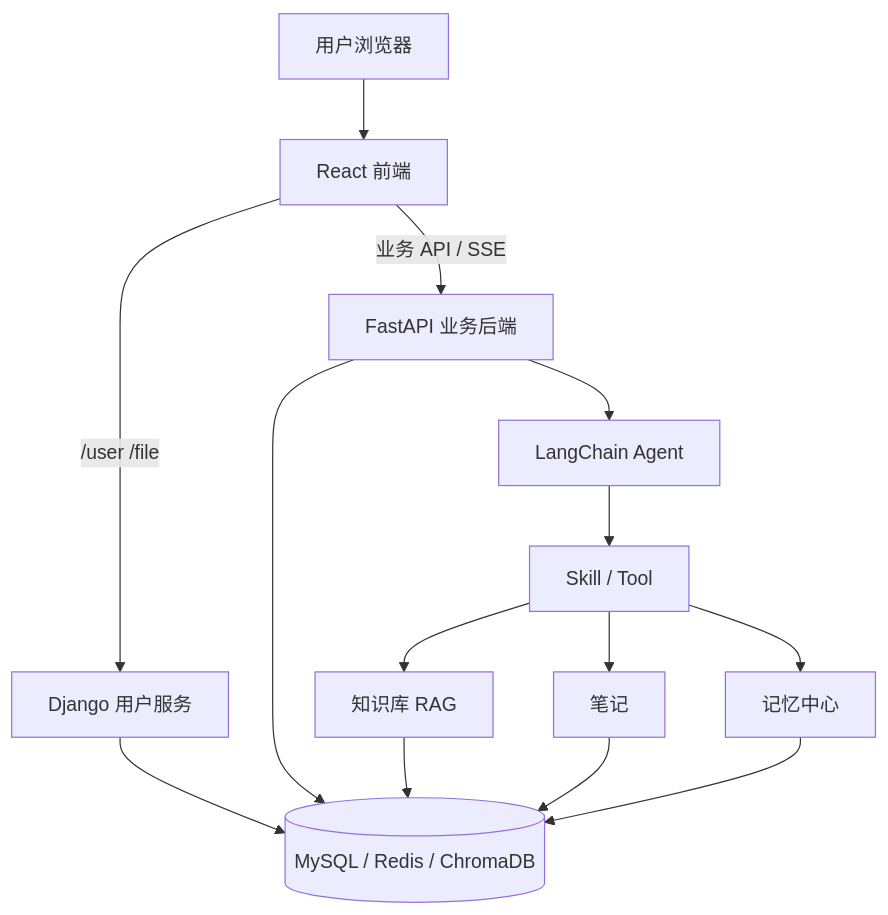
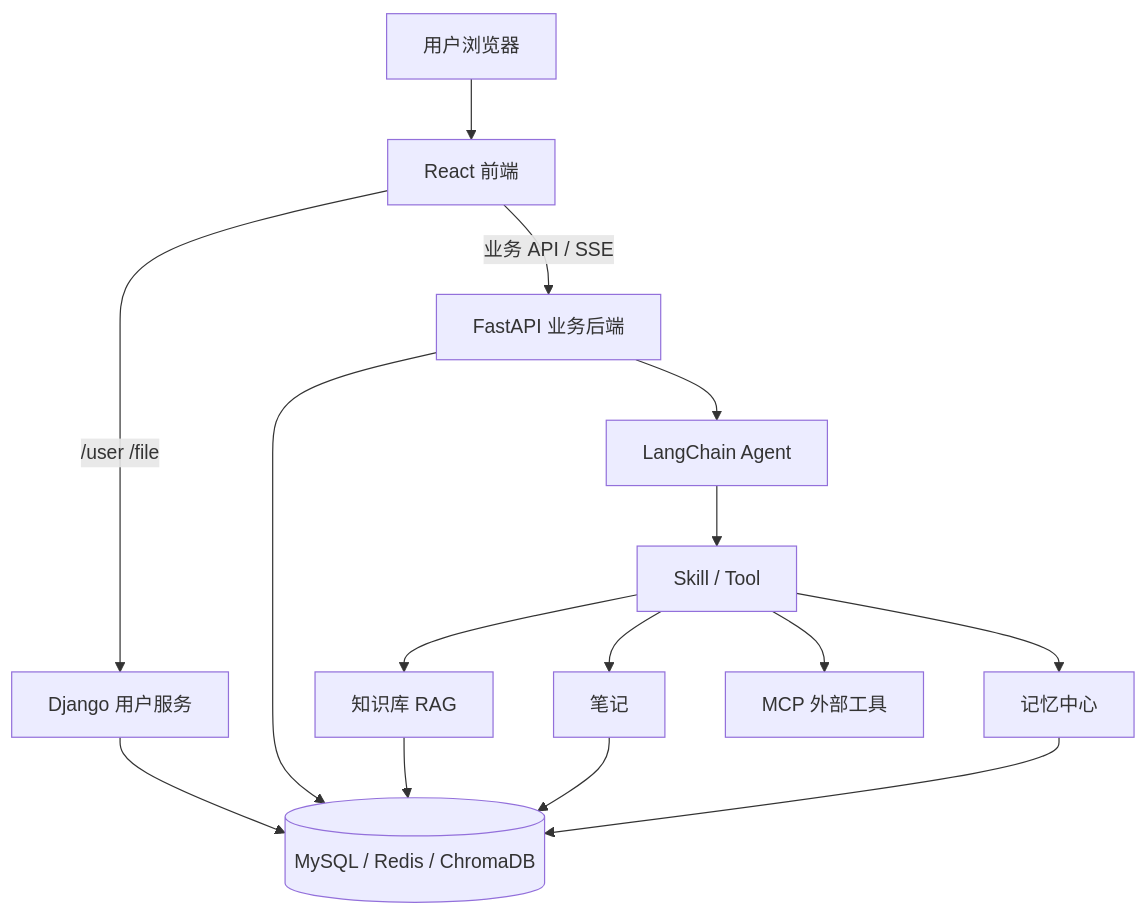
One commit to STliuEN/Doki-Assistant changed the diagram in README.md. Above: the diagram before and after it, drawn with Mermaid. The commit also changed other lines of this file and 5 other files, not shown here.

````diff
--- a/README.md
+++ b/README.md
@@ -78,18 +79,19 @@
 ```mermaid
 flowchart TD
   U[用户浏览器] --> F[React 前端]
   F -->|/user /file| D[Django 用户服务]
   F -->|业务 API / SSE| B[FastAPI 业务后端]
 
   B --> Agent[LangChain Agent]
   Agent --> Tools[Skill / Tool]
   Tools --> Knowledge[知识库 RAG]
   Tools --> Notes[笔记]
   Tools --> Memory[记忆中心]
+  Tools --> MCP[MCP 外部工具]
 
   D --> Store[(MySQL / Redis / ChromaDB)]
   B --> Store
   Knowledge --> Store
   Notes --> Store
   Memory --> Store
 ```
````
